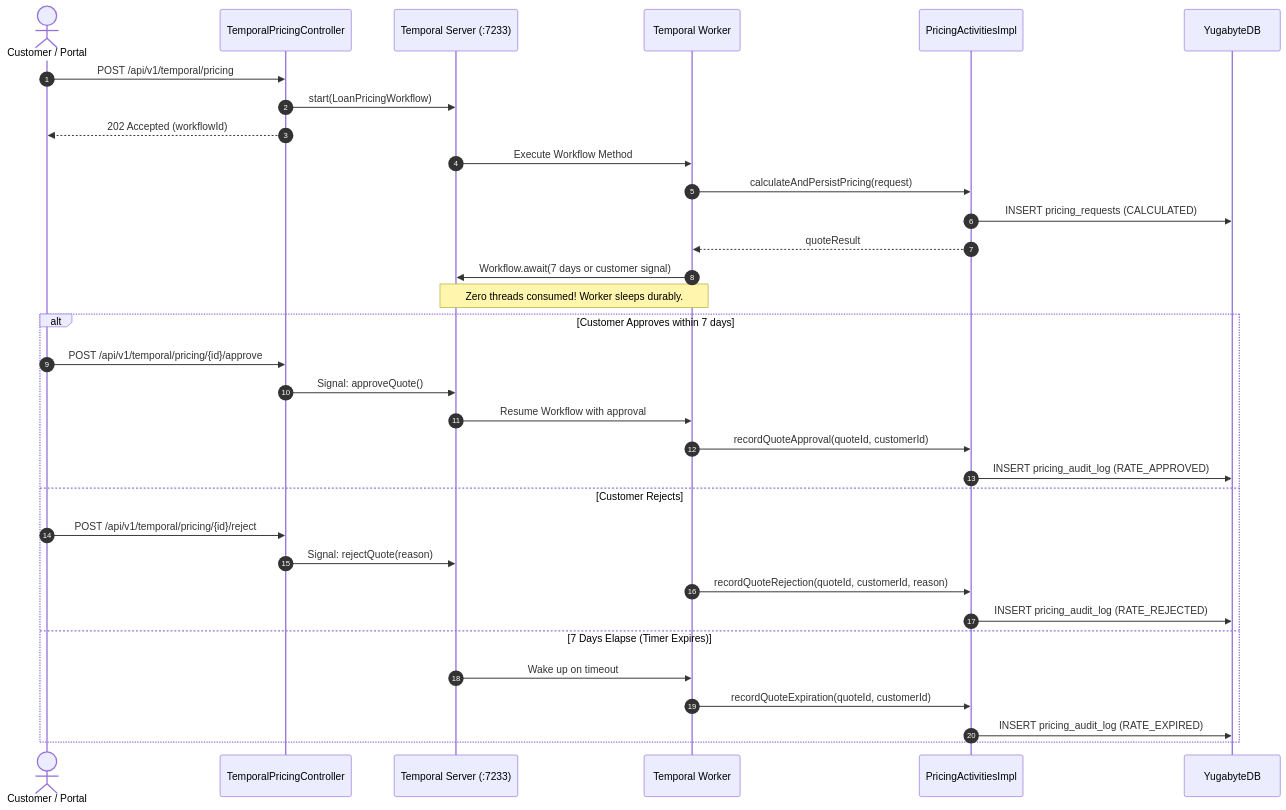
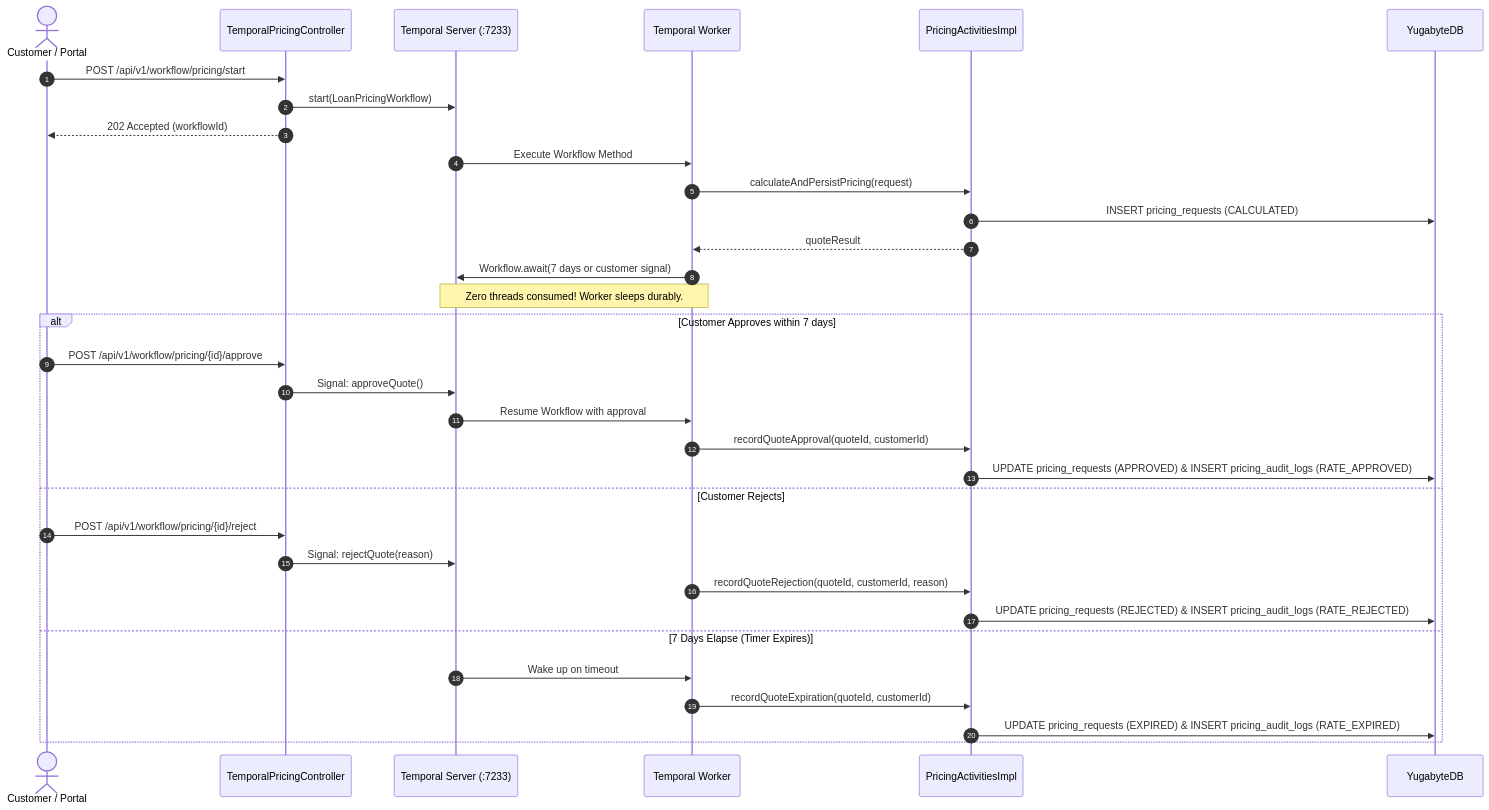
One commit to aroma76/epricing-service changed the diagram in docs/workflows/TemporalWorkflows.md. Above: the diagram before and after it, drawn with Mermaid. The commit also changed other lines of this file and 8 other files, not shown here.

````diff
--- a/docs/workflows/TemporalWorkflows.md
+++ b/docs/workflows/TemporalWorkflows.md
@@ -31,39 +31,39 @@
 ```mermaid
 sequenceDiagram
     autonumber
     actor Customer as Customer / Portal
     participant API as TemporalPricingController
     participant Engine as Temporal Server (:7233)
     participant Worker as Temporal Worker
     participant Activities as PricingActivitiesImpl
     participant DB as YugabyteDB
 
-    Customer->>API: POST /api/v1/temporal/pricing
+    Customer->>API: POST /api/v1/workflow/pricing/start
     API->>Engine: start(LoanPricingWorkflow)
     API-->>Customer: 202 Accepted (workflowId)
 
     Engine->>Worker: Execute Workflow Method
     Worker->>Activities: calculateAndPersistPricing(request)
     Activities->>DB: INSERT pricing_requests (CALCULATED)
     Activities-->>Worker: quoteResult
 
     Worker->>Engine: Workflow.await(7 days or customer signal)
     Note over Worker,Engine: Zero threads consumed! Worker sleeps durably.
 
     alt Customer Approves within 7 days
-        Customer->>API: POST /api/v1/temporal/pricing/{id}/approve
+        Customer->>API: POST /api/v1/workflow/pricing/{id}/approve
         API->>Engine: Signal: approveQuote()
         Engine->>Worker: Resume Workflow with approval
         Worker->>Activities: recordQuoteApproval(quoteId, customerId)
-        Activities->>DB: INSERT pricing_audit_log (RATE_APPROVED)
+        Activities->>DB: UPDATE pricing_requests (APPROVED) & INSERT pricing_audit_logs (RATE_APPROVED)
     else Customer Rejects
-        Customer->>API: POST /api/v1/temporal/pricing/{id}/reject
+        Customer->>API: POST /api/v1/workflow/pricing/{id}/reject
         API->>Engine: Signal: rejectQuote(reason)
         Worker->>Activities: recordQuoteRejection(quoteId, customerId, reason)
-        Activities->>DB: INSERT pricing_audit_log (RATE_REJECTED)
+        Activities->>DB: UPDATE pricing_requests (REJECTED) & INSERT pricing_audit_logs (RATE_REJECTED)
     else 7 Days Elapse (Timer Expires)
         Engine->>Worker: Wake up on timeout
         Worker->>Activities: recordQuoteExpiration(quoteId, customerId)
-        Activities->>DB: INSERT pricing_audit_log (RATE_EXPIRED)
+        Activities->>DB: UPDATE pricing_requests (EXPIRED) & INSERT pricing_audit_logs (RATE_EXPIRED)
     end
 ```
````
